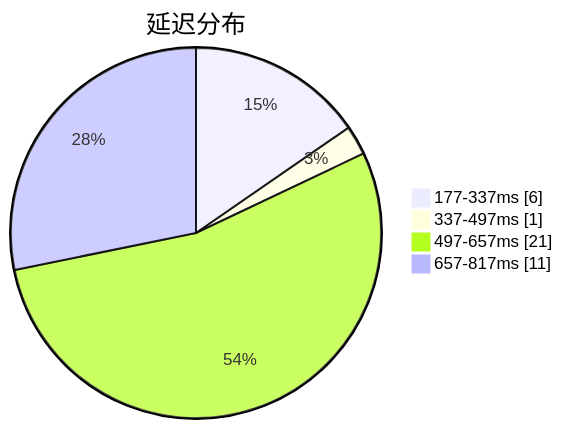
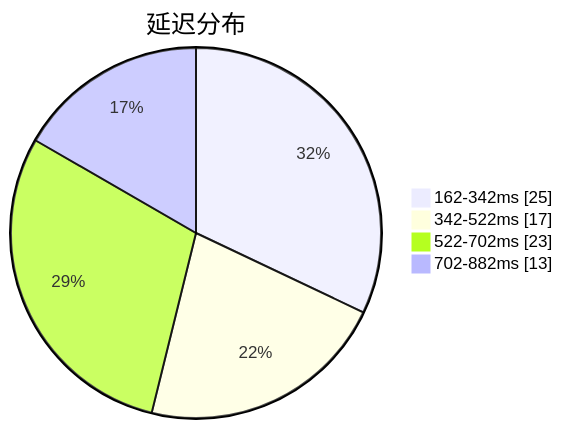
One commit to qjlxg/airport changed the first of 3 diagrams in subs/statistics/tested_within.md. Above: the diagram before and after it, drawn with Mermaid. The commit also changed other lines of this file and 2 other files, not shown here.

````diff
--- a/subs/statistics/tested_within.md
+++ b/subs/statistics/tested_within.md
@@ -2,8 +2,8 @@
 ```mermaid
 pie showData
 title 延迟分布
-"177-337ms" : 6
-"337-497ms" : 1
-"497-657ms" : 21
-"657-817ms" : 11
+"162-342ms" : 25
+"342-522ms" : 17
+"522-702ms" : 23
+"702-882ms" : 13
 ```
````
